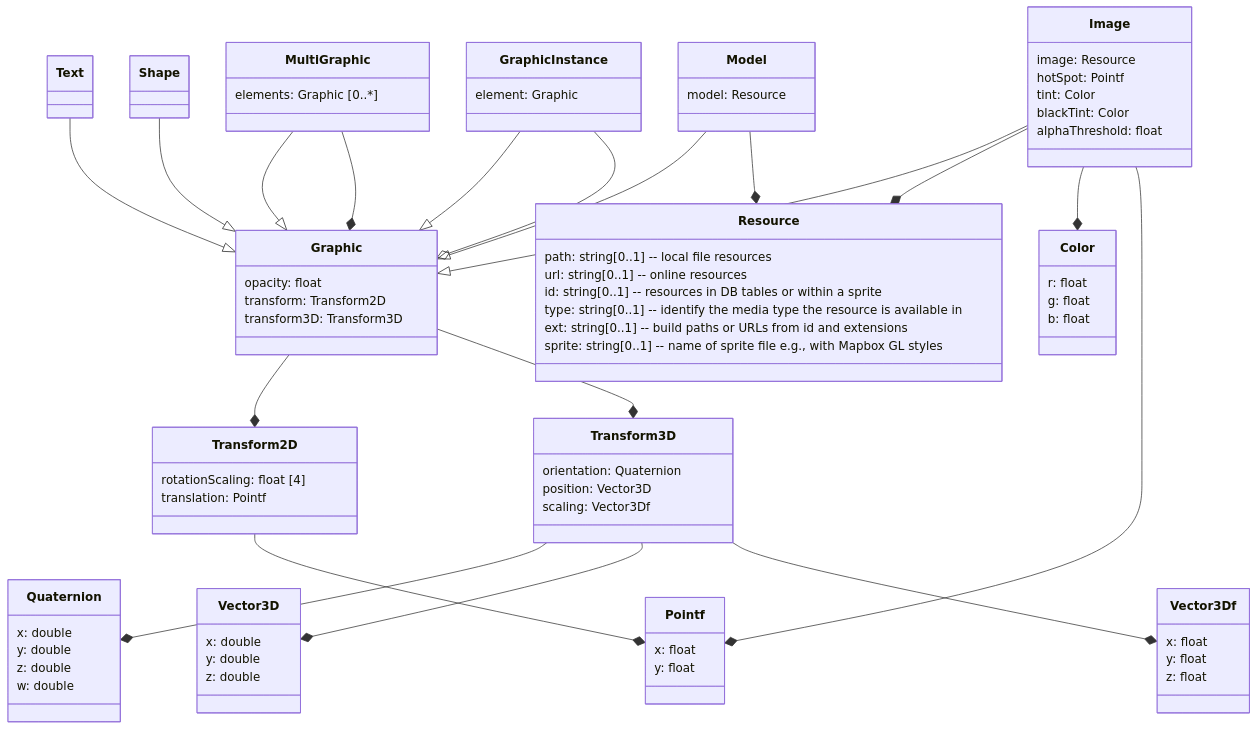
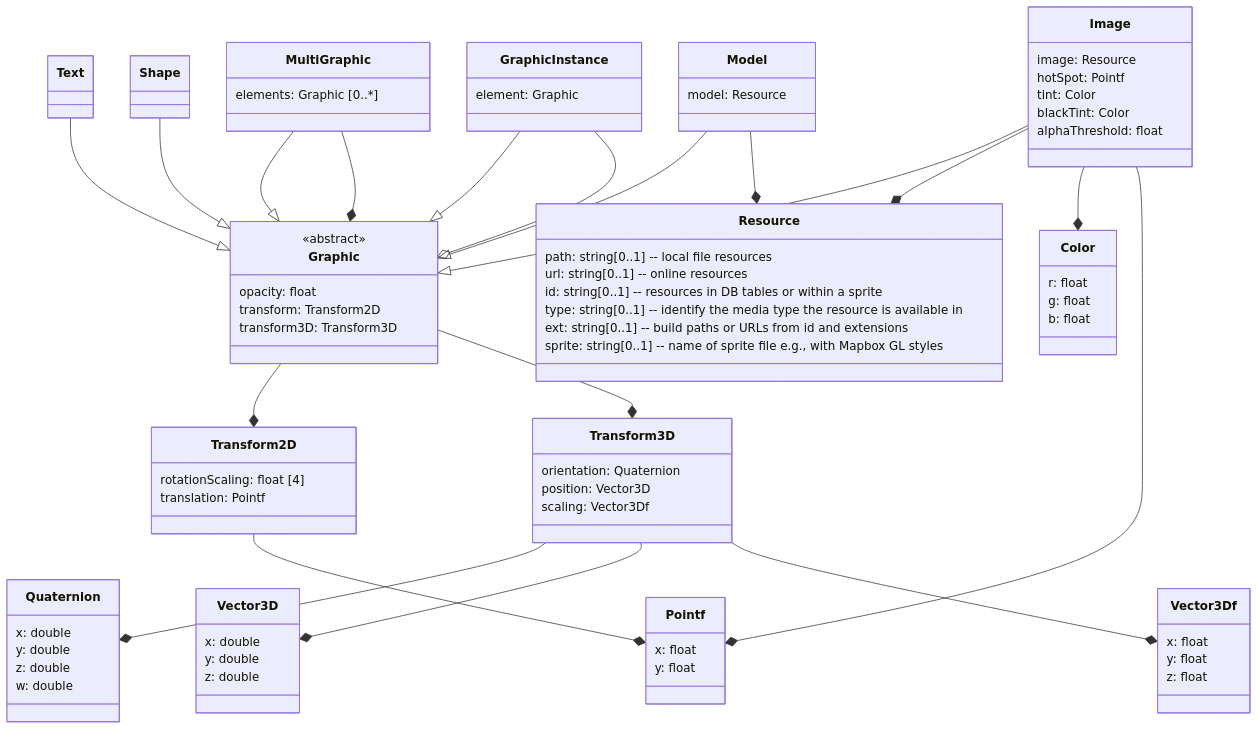
The diagram in core/UML/mermaid/graphics.md (opengeospatial/styles-and-symbology), drawn with Mermaid before and after one commit. The commit also changed 3 other files, not shown here.

```diff
--- a/core/UML/mermaid/graphics.md
+++ b/core/UML/mermaid/graphics.md
@@ -4,6 +4,7 @@
   classDiagram
   %% Class definition
     class Graphic {
+        <<abstract>>
         opacity: float
         transform: Transform2D
         transform3D: Transform3D
```
